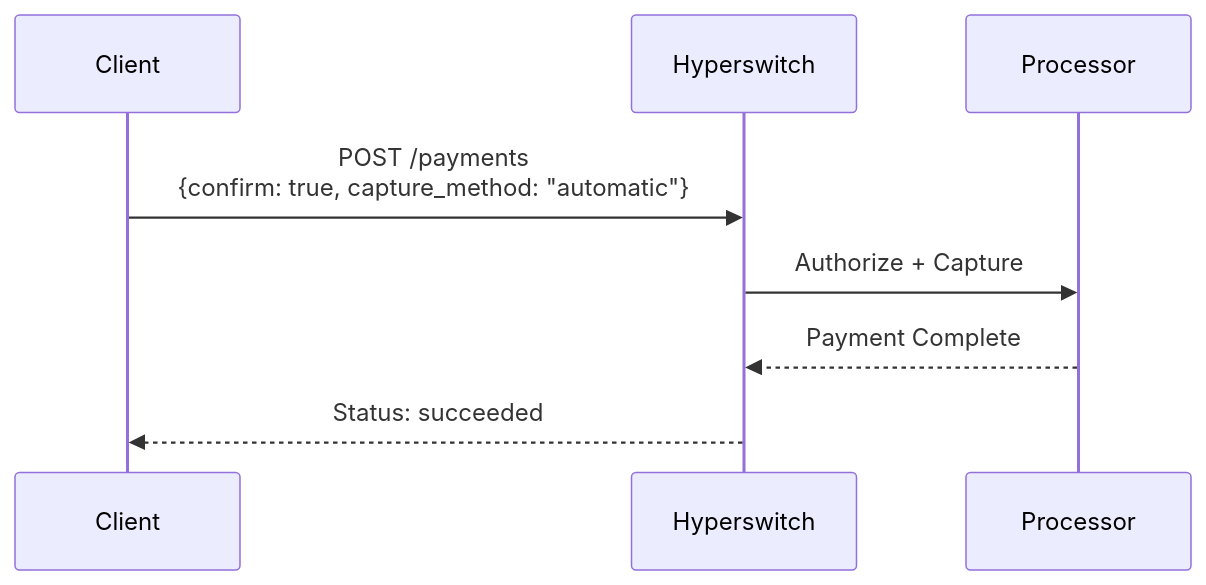
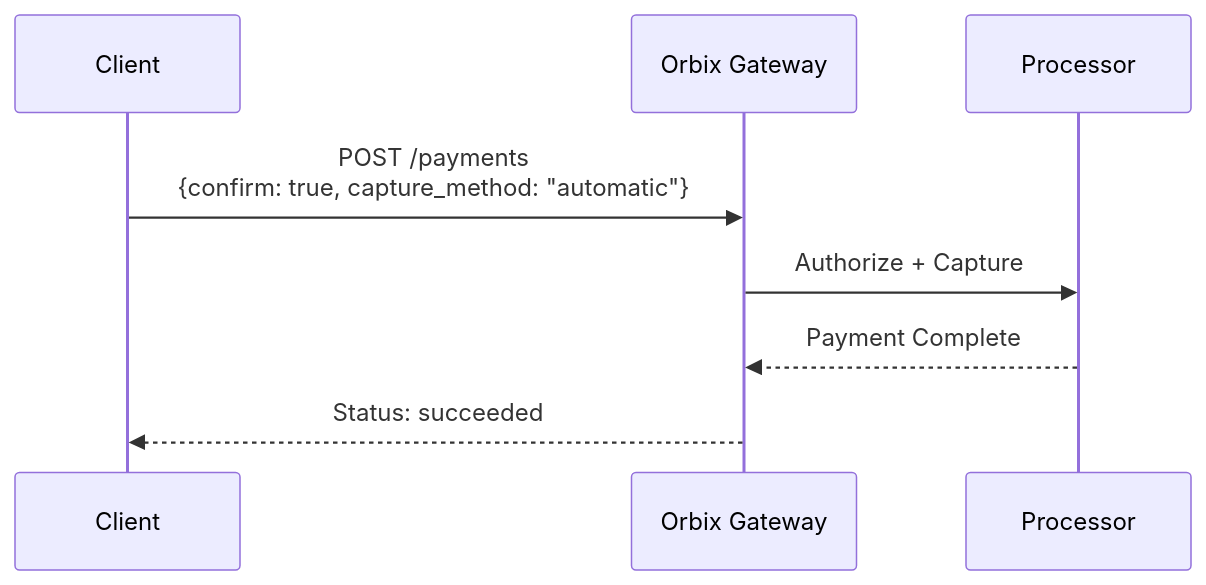
Before and after one commit to NoxlyDev/orbix-gateway: the second of 10 diagrams in api-reference/v1/payments/payment--flows.mdx, drawn with Mermaid. The commit also changed other lines of this file and 2073 other files, not shown here.

Commit message:
rename: hyperswitch/juspay -> orbix (content + paths), masking as path dep

````diff
--- a/api-reference/v1/payments/payment--flows.mdx
+++ b/api-reference/v1/payments/payment--flows.mdx
@@ -36,11 +36,11 @@
 ```mermaid
 sequenceDiagram
     participant Client
-    participant Hyperswitch
+    participant Orbix Gateway
     participant Processor
     
-    Client->>Hyperswitch: POST /payments<br/>{confirm: true, capture_method: "automatic"}
-    Hyperswitch->>Processor: Authorize + Capture
-    Processor-->>Hyperswitch: Payment Complete
-    Hyperswitch-->>Client: Status: succeeded
+    Client->>Orbix Gateway: POST /payments<br/>{confirm: true, capture_method: "automatic"}
+    Orbix Gateway->>Processor: Authorize + Capture
+    Processor-->>Orbix Gateway: Payment Complete
+    Orbix Gateway-->>Client: Status: succeeded
 ```
````
